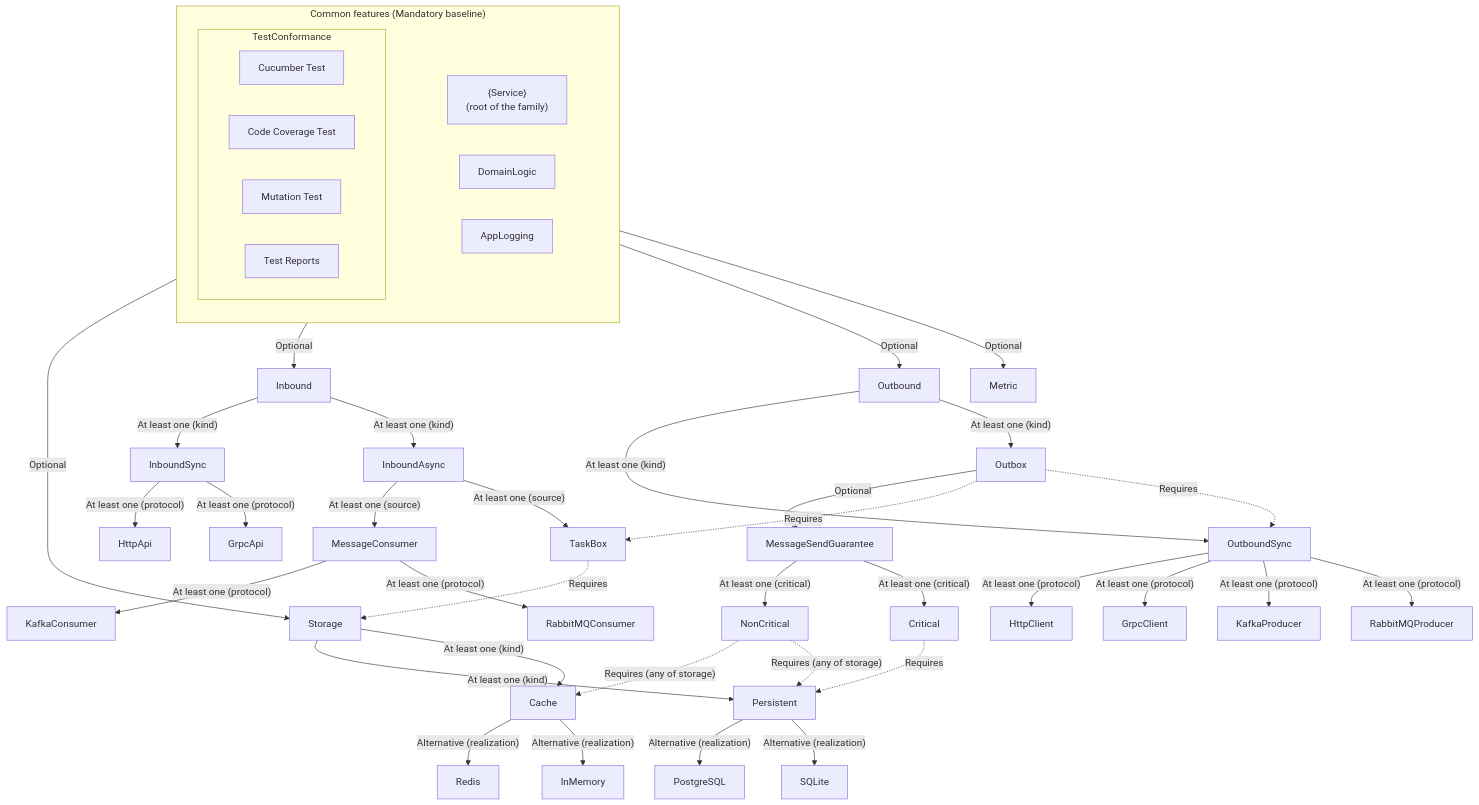
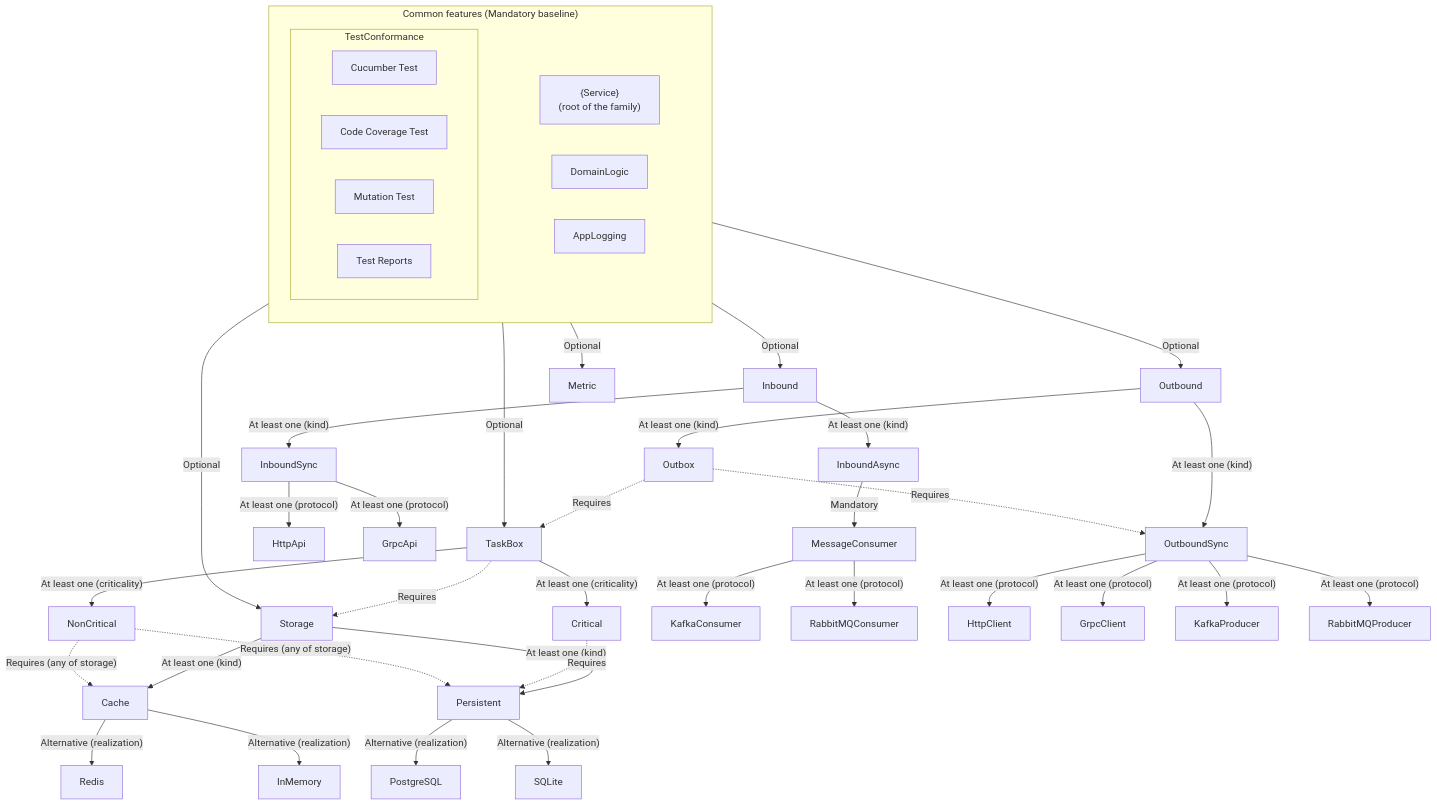
One commit to InsonusK/ai-skills changed the diagram in skills/common-workflow/architecture/design/plateau-map/feature-map-create.skill/templates/web-service-common-features/diagrams/feature-diagram.mmd. Above: the diagram before and after it, drawn with Mermaid. The commit also changed 9 other files, not shown here.

First line of the commit message:
feat(variability-map): admit TaskBox concept (VP-C003)

```diff
--- a/skills/common-workflow/architecture/design/plateau-map/feature-map-create.skill/templates/web-service-common-features/diagrams/feature-diagram.mmd
+++ b/skills/common-workflow/architecture/design/plateau-map/feature-map-create.skill/templates/web-service-common-features/diagrams/feature-diagram.mmd
@@ -1,65 +1,63 @@
 graph TD
     subgraph Common["Common features (Mandatory baseline)"]
         direction TB
         subgraph CommonRow1[" "]
             direction LR
             Svc["{Service}<br/>(root of the family)"]
             DL["DomainLogic"]
             LOG["AppLogging"]
         end
         subgraph TC["TestConformance"]
             direction LR
             CUC["Cucumber Test"]
             COV["Code Coverage Test"]
             MUT["Mutation Test"]
             REP["Test Reports"]
         end
     end
     style CommonRow1 fill:none,stroke:none
 
     Common -->|Optional| Storage
     Common -->|Optional| In["Inbound"]
     Common -->|Optional| Out["Outbound"]
     Common -->|Optional| Metric
+    Common -->|Optional| TaskBox
 
     Storage -->|"At least one (kind)"| Persistent
     Storage -->|"At least one (kind)"| Cache
 
     Persistent -->|"Alternative (realization)"| PostgreSQL
     Persistent -->|"Alternative (realization)"| SQLite
 
     Cache -->|"Alternative (realization)"| Redis
     Cache -->|"Alternative (realization)"| InMemory
 
     In -->|"At least one (kind)"| InboundSync
     In -->|"At least one (kind)"| InboundAsync
 
     InboundSync -->|"At least one (protocol)"| HttpApi
     InboundSync -->|"At least one (protocol)"| GrpcApi
 
-    InboundAsync -->|"At least one (source)"| MessageConsumer
-    InboundAsync -->|"At least one (source)"| TaskBox
+    InboundAsync -->|Mandatory| MessageConsumer
 
     TaskBox -. "Requires" .-> Storage
+    TaskBox -->|"At least one (criticality)"| NonCritical
+    TaskBox -->|"At least one (criticality)"| Critical
 
     MessageConsumer -->|"At least one (protocol)"| KafkaConsumer
     MessageConsumer -->|"At least one (protocol)"| RabbitMQConsumer
 
     Out -->|"At least one (kind)"| OutboundSync
     Out -->|"At least one (kind)"| Outbox
 
     OutboundSync -->|"At least one (protocol)"| HttpClient
     OutboundSync -->|"At least one (protocol)"| GrpcClient
     OutboundSync -->|"At least one (protocol)"| KafkaProducer
     OutboundSync -->|"At least one (protocol)"| RabbitMQProducer
 
-    Outbox -->|Optional| MessageSendGuarantee
     Outbox -. "Requires" .-> TaskBox
     Outbox -. "Requires" .-> OutboundSync
-
-    MessageSendGuarantee -->|"At least one (critical)"| NonCritical
-    MessageSendGuarantee -->|"At least one (critical)"| Critical
 
     Critical -. "Requires" .-> Persistent
     NonCritical -. "Requires (any of storage)" .-> Cache
     NonCritical -. "Requires (any of storage)" .-> Persistent
```
